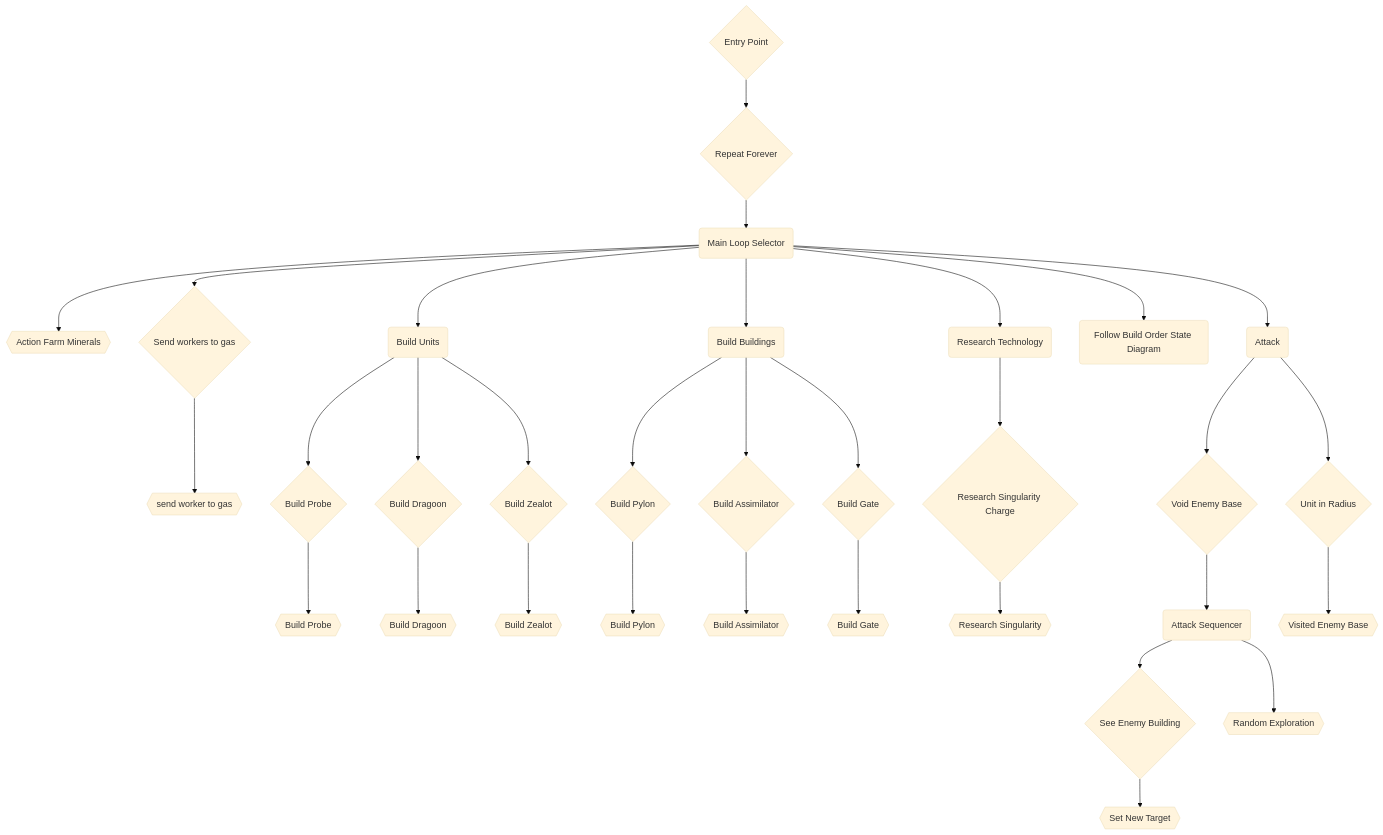
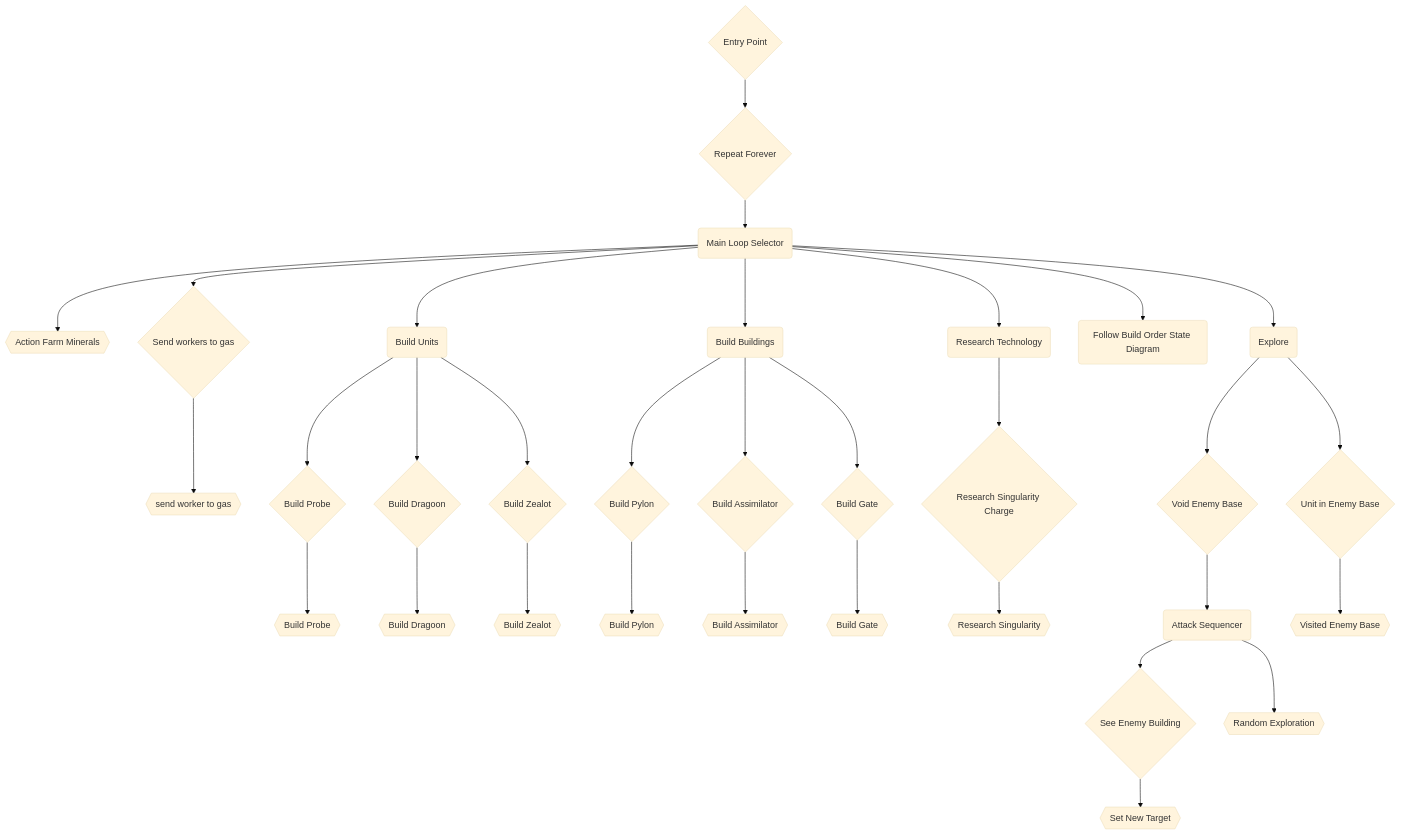
One commit to Bicyclette/StarCraft_AI changed the diagram in README.md. Above: the diagram before and after it, drawn with Mermaid (base theme). The commit also changed other lines of this file, not shown here.

Commit message:
Fixed name nodes in BT

````diff
--- a/README.md
+++ b/README.md
@@ -49,58 +49,58 @@
 ```mermaid
 flowchart TD
 
 A{Entry Point} --> BB{Repeat Forever}
 BB --> MainSelector(Main Loop Selector)
 MainSelector --> WorkersActionMinerals{{Action Farm Minerals}}
 MainSelector --> WorkersDecoratorGas{Send workers to gas}
 WorkersDecoratorGas --> WorkersActionGas{{send worker to gas}}
 
 
 
 MainSelector --> UnitSelector(Build Units)
 
 UnitSelector --> ProbeDecoratorBuild{Build Probe}
 ProbeDecoratorBuild --> ProbeActionBuild{{Build Probe}}
 
 UnitSelector --> DragoonDecoratorBuild{Build Dragoon}
 DragoonDecoratorBuild --> DragoonActionBuild{{Build Dragoon}}
 
 UnitSelector --> ZealotDecoratorBuild{Build Zealot}
 ZealotDecoratorBuild --> ZealotActionBuild{{Build Zealot}}
 
 
 
 MainSelector --> BuildingSelector(Build Buildings)
 
 BuildingSelector --> PylonDecoratorBuild{Build Pylon}
 PylonDecoratorBuild --> PylonActionBuild{{Build Pylon}}
 
 BuildingSelector --> AssimilatorDecoratorBuild{Build Assimilator}
 AssimilatorDecoratorBuild --> AssimilatorActionBuild{{Build Assimilator}}
 
 BuildingSelector --> GateDecoratorBuild{Build Gate}
 GateDecoratorBuild --> GateActionBuild{{Build Gate}}
 
 
 MainSelector --> ResearchSelector(Research Technology)
 
 ResearchSelector --> ResearchDecoratorSingularity{Research Singularity Charge}
 ResearchDecoratorSingularity --> ResearchActionSingularity{{Research Singularity}}
 
 
 MainSelector --> BuildOrderSelector(Follow Build Order State Diagram)
 
 
-MainSelector --> AttackSelector(Attack)
+MainSelector --> AttackSelector(Explore)
 
 AttackSelector --> AttackDecoratorVoidBase{Void Enemy Base}
 AttackDecoratorVoidBase --> AttackSeq(Attack Sequencer)
 AttackSeq --> SightDecorator{See Enemy Building}
 SightDecorator --> AttackNewTarget{{Set New Target}}
 
 AttackSeq --> RandomExploration{{Random Exploration}}
 
-AttackSelector --> AttackDecoratorRadius{Unit in Radius}
+AttackSelector --> AttackDecoratorRadius{Unit in Enemy Base}
 AttackDecoratorRadius --> VisitDecorator{{Visited Enemy Base}}
 
 ```
````
